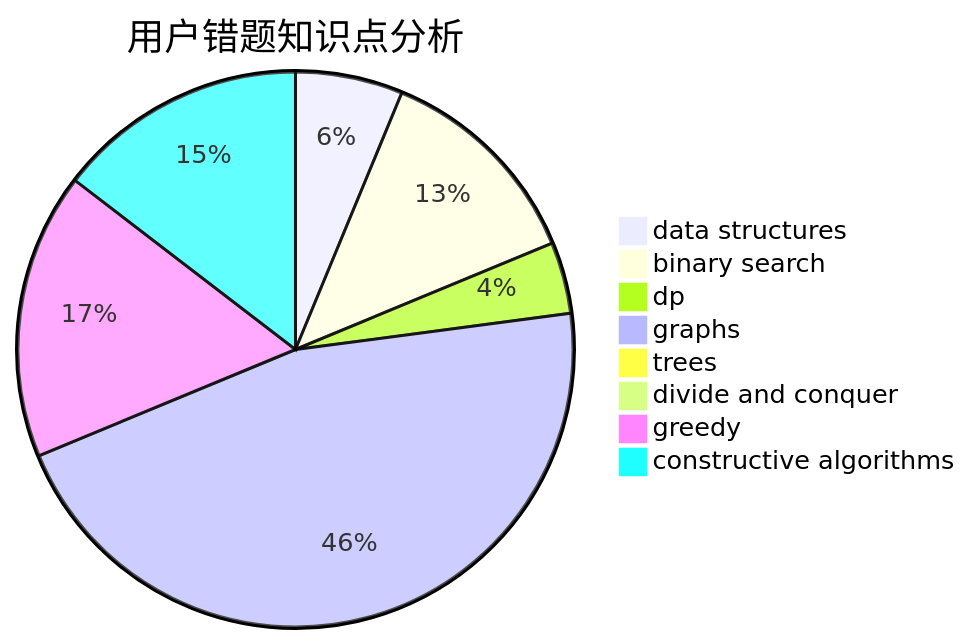
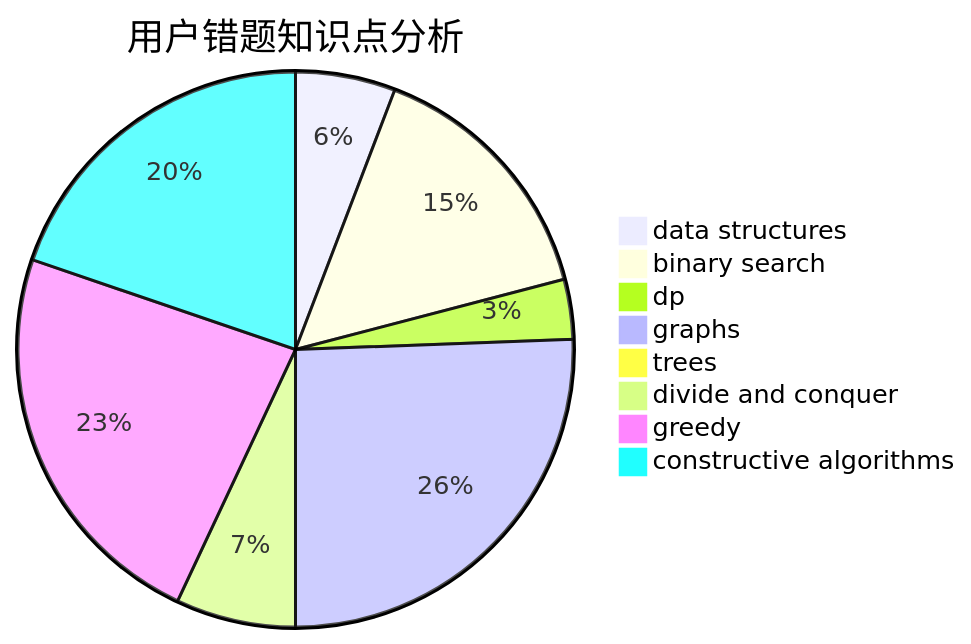
The third of 3 diagrams in docs/user/u2519.md (sherpahu/cfrs.github.io), drawn with Mermaid before and after one commit. The commit also changed other lines of this file and 2770 other files, not shown here.

````diff
--- a/docs/user/u2519.md
+++ b/docs/user/u2519.md
@@ -36,11 +36,11 @@
 ```mermaid
 pie title 用户错题知识点分析
-    "data structures" :  3
-    "binary search" :  6
-    "dp" :  2
+    "data structures" :  5
+    "binary search" :  13
+    "dp" :  3
     "graphs" :  22
     "trees" :  0
-    "divide and conquer" :  0
-    "greedy" :  8
-    "constructive algorithms" :  7
+    "divide and conquer" :  6
+    "greedy" :  20
+    "constructive algorithms" :  17
 ```
````
